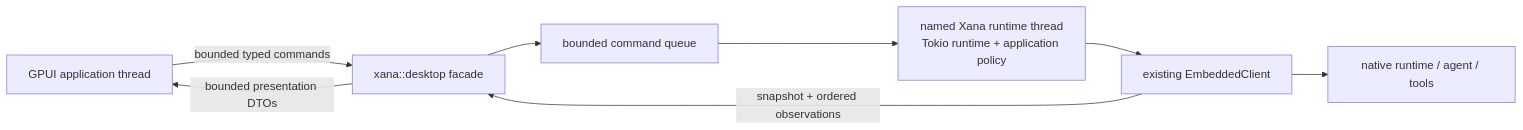
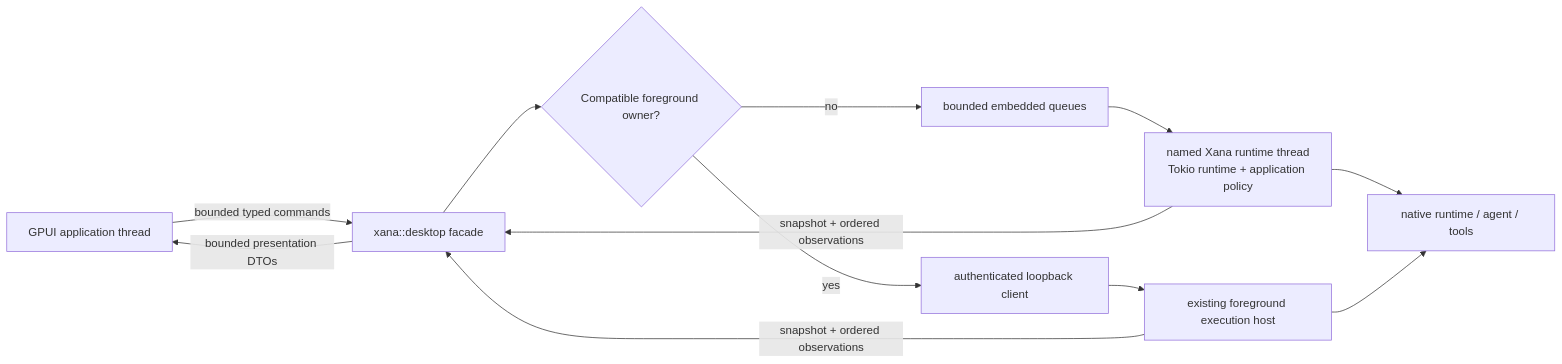
The first of 5 diagrams in docs/architecture/desktop.md (labcoder/xana), drawn with Mermaid before and after one commit. The commit also changed other lines of this file and 21 other files, not shown here.

````diff
--- a/docs/architecture/desktop.md
+++ b/docs/architecture/desktop.md
@@ -13,10 +15,14 @@
 ```mermaid
 flowchart LR
     GPUI["GPUI application thread"] -->|"bounded typed commands"| FACADE["xana::desktop facade"]
-    FACADE --> QUEUE["bounded command queue"]
+    FACADE --> DISCOVER{"Compatible foreground owner?"}
+    DISCOVER -->|"no"| QUEUE["bounded embedded queues"]
     QUEUE --> HOST["named Xana runtime thread\nTokio runtime + application policy"]
-    HOST --> EMBEDDED["existing EmbeddedClient"]
-    EMBEDDED --> NATIVE["native runtime / agent / tools"]
-    EMBEDDED -->|"snapshot + ordered observations"| FACADE
+    DISCOVER -->|"yes"| ATTACH["authenticated loopback client"]
+    ATTACH --> EXISTING["existing foreground execution host"]
+    HOST --> NATIVE["native runtime / agent / tools"]
+    EXISTING --> NATIVE
+    HOST -->|"snapshot + ordered observations"| FACADE
+    EXISTING -->|"snapshot + ordered observations"| FACADE
     FACADE -->|"bounded presentation DTOs"| GPUI
 ```
````
